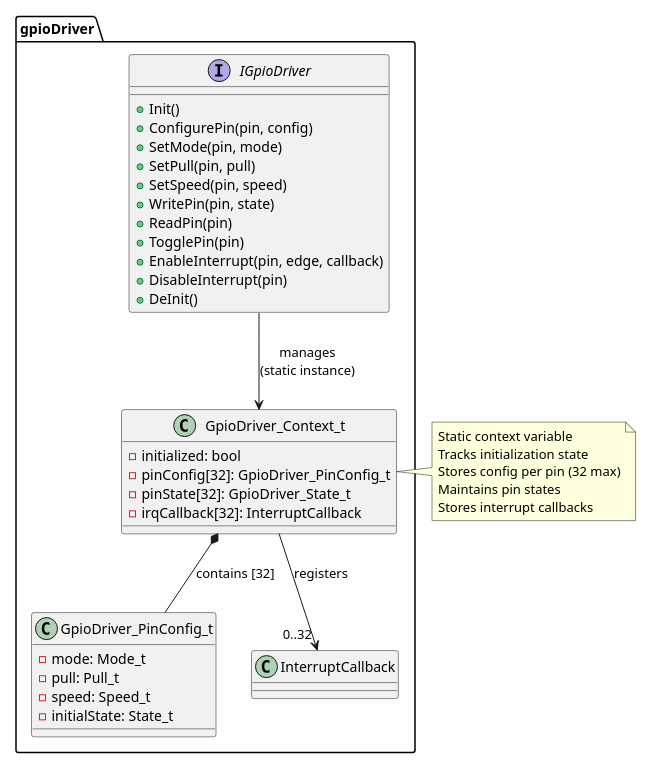
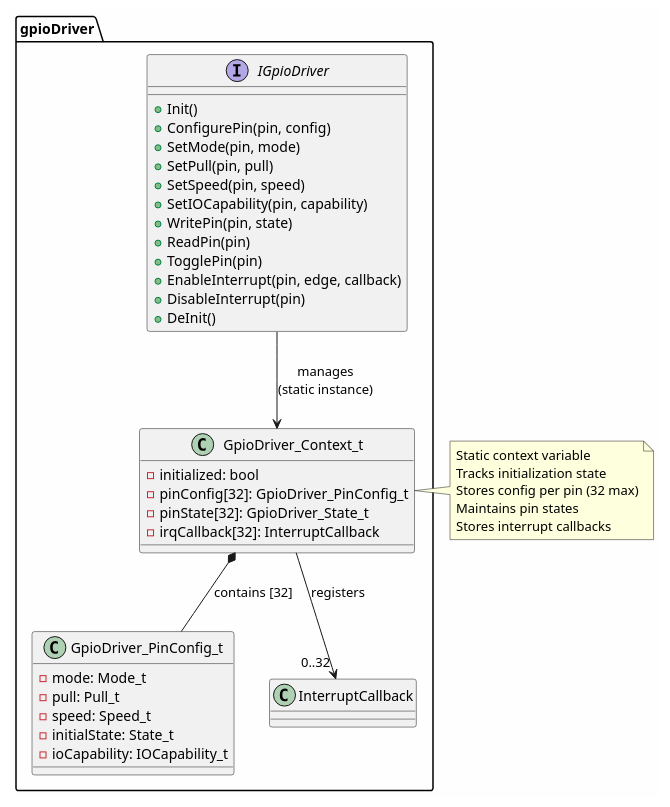
One commit to LinhTrucVo/Bico_Protocol_Bridge changed the diagram in 3_swComp/layer1Driver/gpioDriver/2_design/gpioDriverStaticStructure.puml. Above: the diagram before and after it, drawn with PlantUML. The commit also changed 9 other files, not shown here.

```diff
--- a/3_swComp/layer1Driver/gpioDriver/2_design/gpioDriverStaticStructure.puml
+++ b/3_swComp/layer1Driver/gpioDriver/2_design/gpioDriverStaticStructure.puml
@@ -1,45 +1,47 @@
 @startuml gpioDriverStaticStructure
 skinparam backgroundColor #FEFEFE
 
 package "gpioDriver" {
     interface IGpioDriver {
         + Init()
         + ConfigurePin(pin, config)
         + SetMode(pin, mode)
         + SetPull(pin, pull)
         + SetSpeed(pin, speed)
+        + SetIOCapability(pin, capability)
         + WritePin(pin, state)
         + ReadPin(pin)
         + TogglePin(pin)
         + EnableInterrupt(pin, edge, callback)
         + DisableInterrupt(pin)
         + DeInit()
     }
 
     class GpioDriver_Context_t {
         - initialized: bool
         - pinConfig[32]: GpioDriver_PinConfig_t
         - pinState[32]: GpioDriver_State_t
         - irqCallback[32]: InterruptCallback
     }
 
     class GpioDriver_PinConfig_t {
         - mode: Mode_t
         - pull: Pull_t
         - speed: Speed_t
         - initialState: State_t
+        - ioCapability: IOCapability_t
     }
 
     IGpioDriver --> GpioDriver_Context_t : manages\n(static instance)
     GpioDriver_Context_t *-- GpioDriver_PinConfig_t : contains [32]
     GpioDriver_Context_t --> "0..32" "InterruptCallback" : registers
 }
 
 note right of GpioDriver_Context_t
     Static context variable
     Tracks initialization state
     Stores config per pin (32 max)
     Maintains pin states
     Stores interrupt callbacks
 end note
 @enduml
```
